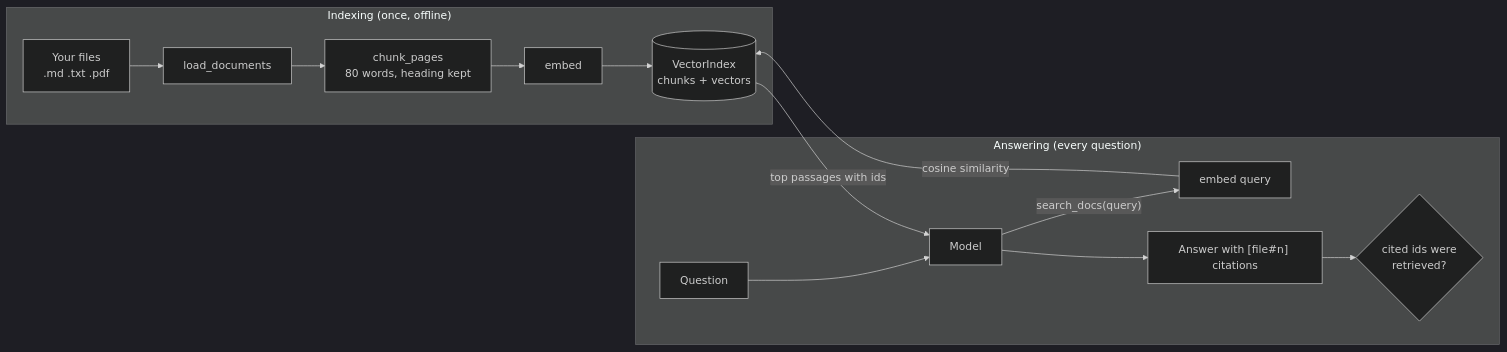
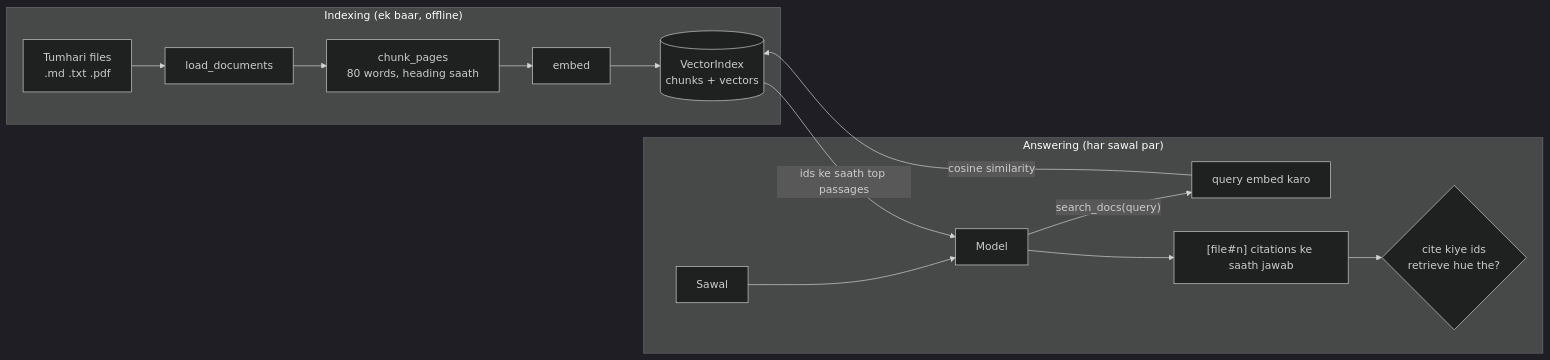
One commit to asmustechno/agentic-ai-notes changed the diagram in docs/18-projects/18.3-project-3-rag-over-your-pdfs.md. Above: the diagram before and after it, drawn with Mermaid (dark theme). The commit also changed other lines of this file and 135 other files, not shown here.

````diff
--- a/docs/18-projects/18.3-project-3-rag-over-your-pdfs.md
+++ b/docs/18-projects/18.3-project-3-rag-over-your-pdfs.md
@@ -75,17 +77,17 @@
 ```mermaid
 flowchart LR
-    subgraph Ingest["Indexing (once, offline)"]
-        F["Your files<br/>.md .txt .pdf"] --> L[load_documents]
-        L --> C["chunk_pages<br/>80 words, heading kept"]
+    subgraph Ingest["Indexing (ek baar, offline)"]
+        F["Tumhari files<br/>.md .txt .pdf"] --> L[load_documents]
+        L --> C["chunk_pages<br/>80 words, heading saath"]
         C --> E1[embed]
         E1 --> I[("VectorIndex<br/>chunks + vectors")]
     end
-    subgraph Query["Answering (every question)"]
-        Q[Question] --> M[Model]
-        M -->|"search_docs(query)"| E2[embed query]
+    subgraph Query["Answering (har sawal par)"]
+        Q[Sawal] --> M[Model]
+        M -->|"search_docs(query)"| E2[query embed karo]
         E2 -->|cosine similarity| I
-        I -->|"top passages with ids"| M
-        M --> A["Answer with [file#n] citations"]
-        A --> K{"cited ids were<br/>retrieved?"}
+        I -->|"ids ke saath top passages"| M
+        M --> A["[file#n] citations ke saath jawab"]
+        A --> K{"cite kiye ids<br/>retrieve hue the?"}
     end
 ```
````
